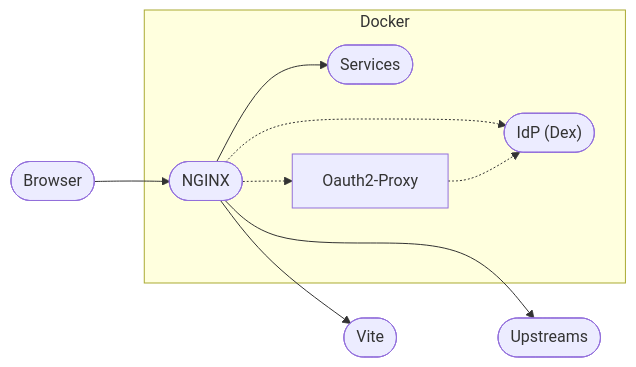
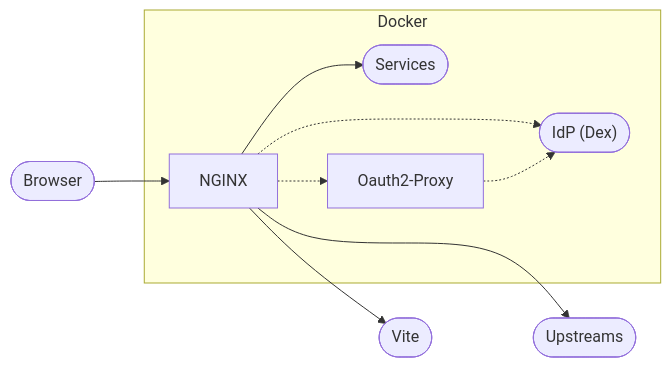
Before and after one commit to blakearoberts/visage: the diagram in README.md, drawn with Mermaid. The commit also changed other lines of this file and 13 other files, not shown here.

````diff
--- a/README.md
+++ b/README.md
@@ -105,21 +101,21 @@
 ```mermaid
 flowchart LR
   browser([Browser])
   vite([Vite])
   upstreams([Upstreams])
 
   subgraph docker[Docker]
-    nginx([NGINX])
+    nginx[NGINX]
     services([Services])
     Oauth2-Proxy
     idp(["IdP (Dex)"])
 
     nginx -.-> idp
     nginx -.-> Oauth2-Proxy -.-> idp
     nginx --> services
   end
 
   browser --> nginx
   nginx --> vite
   nginx ---> upstreams
 ```
````
